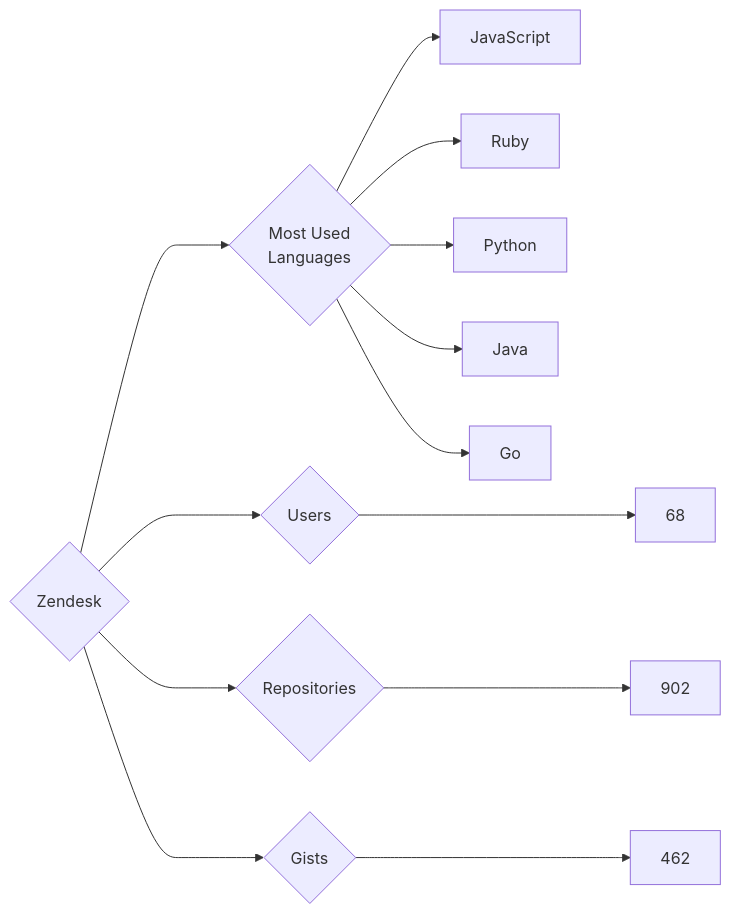
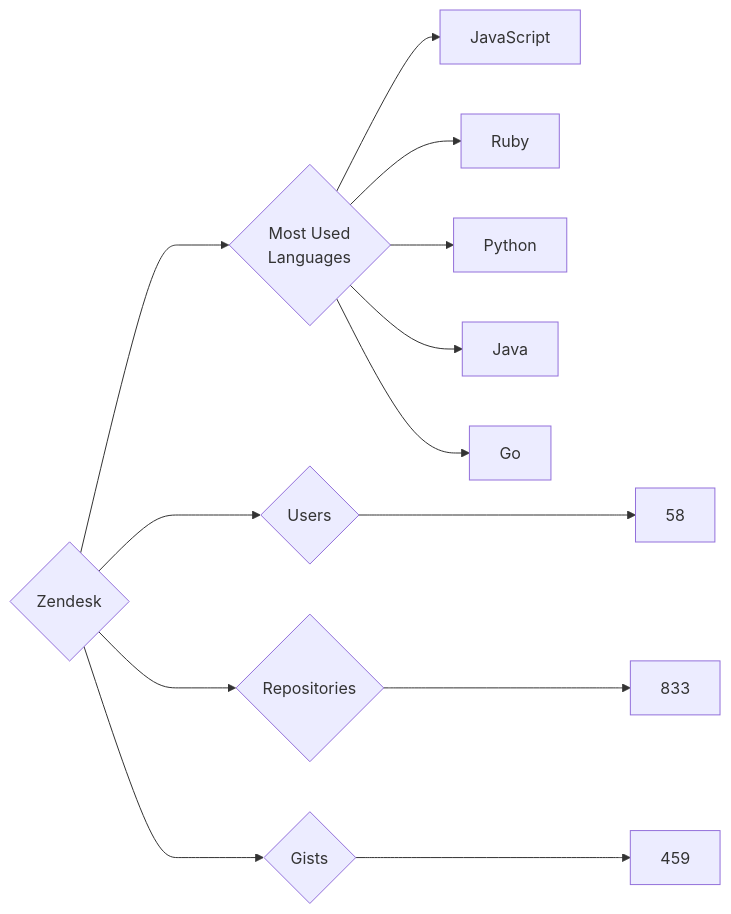
One commit to trickest/insiders changed the diagram in targets/Zendesk/README.md. Above: the diagram before and after it, drawn with Mermaid. The commit also changed 895 other files, not shown here.

````diff
--- a/targets/Zendesk/README.md
+++ b/targets/Zendesk/README.md
@@ -3,13 +3,13 @@
 ```mermaid
 graph LR
 COMPANY_NAME{Zendesk}
-COMPANY_NAME ---> U{Users} ---> UN[68]
-COMPANY_NAME ---> R{Repositories} ---> RN[902]
-COMPANY_NAME ---> G{Gists} ---> GN[462]
+COMPANY_NAME ---> U{Users} ---> UN[58]
+COMPANY_NAME ---> R{Repositories} ---> RN[833]
+COMPANY_NAME ---> G{Gists} ---> GN[459]
 COMPANY_NAME ---> ML{Most Used<br>Languages}
 ML --> JavaScript[JavaScript]
 ML --> Ruby[Ruby]
 ML --> Python[Python]
 ML --> Java[Java]
 ML --> Go[Go]
 ```
````
